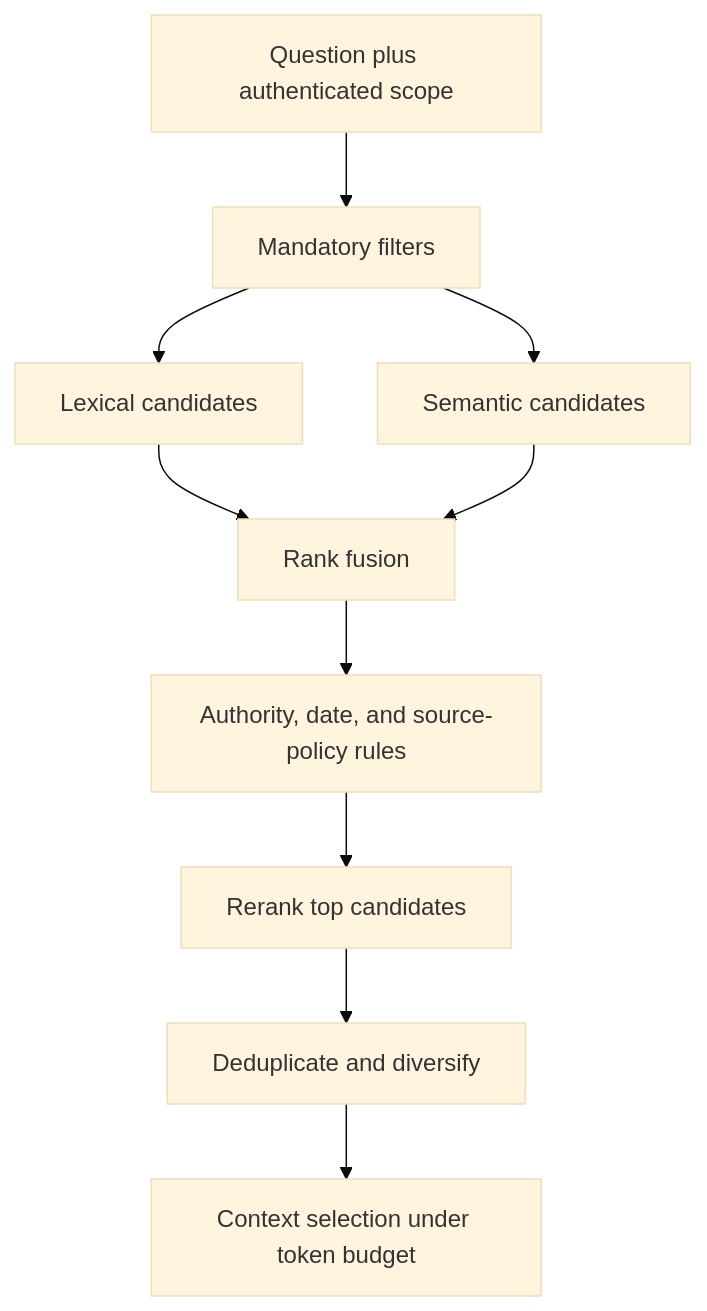
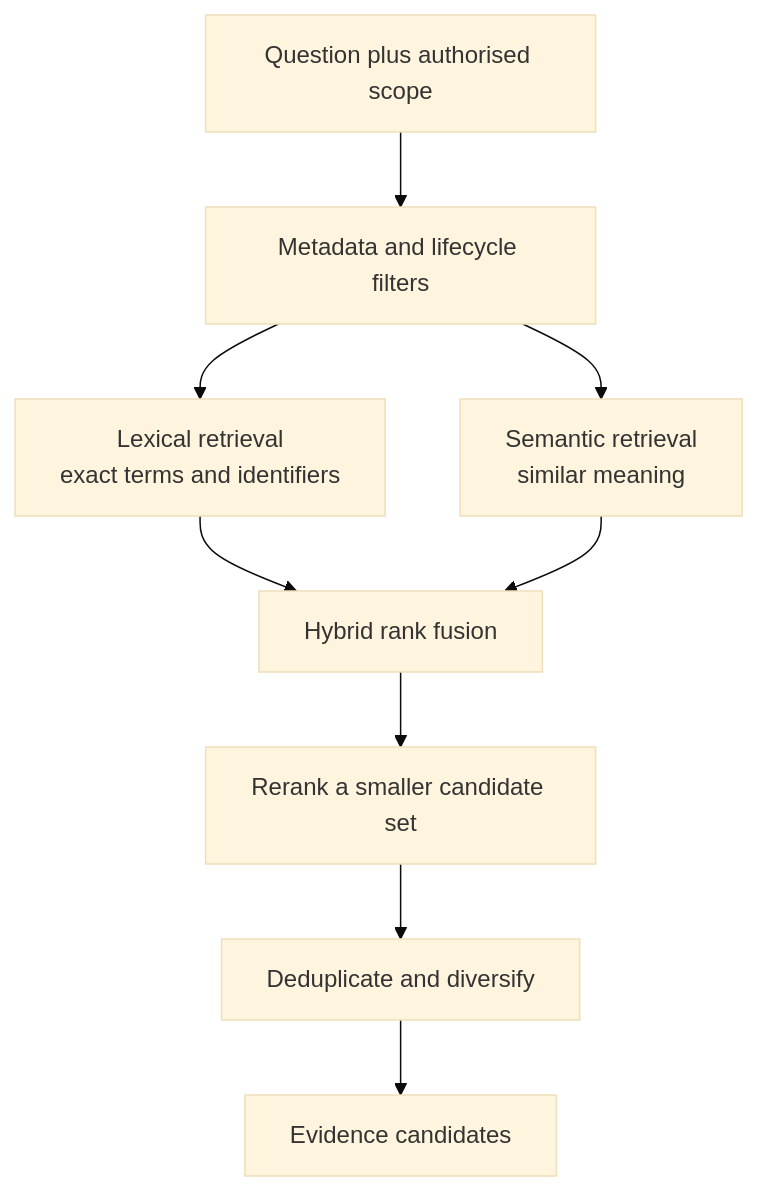
The fourth of 9 diagrams in roadmaps/mlops/modules/llmops/context-engineering/02-retrieval-and-knowledge.md (senlinyy/dev-roadmaps), drawn with Mermaid (base theme) before and after one commit. The commit also changed other lines of this file and 198 other files, not shown here.

````diff
--- a/roadmaps/mlops/modules/llmops/context-engineering/02-retrieval-and-knowledge.md
+++ b/roadmaps/mlops/modules/llmops/context-engineering/02-retrieval-and-knowledge.md
@@ -104,12 +303,12 @@
 ```mermaid
-flowchart TB
-    Q["Question plus authenticated scope"] --> F["Mandatory filters"]
-    F --> L["Lexical candidates"]
-    F --> V["Semantic candidates"]
-    L --> R["Rank fusion"]
-    V --> R
-    R --> P["Authority, date, and source-policy rules"]
-    P --> K["Rerank top candidates"]
-    K --> D["Deduplicate and diversify"]
-    D --> C["Context selection under token budget"]
+flowchart TD
+    Q["Question plus authorised scope"]
+    Q --> F["Metadata and lifecycle filters"]
+    F --> L["Lexical retrieval<br/>exact terms and identifiers"]
+    F --> V["Semantic retrieval<br/>similar meaning"]
+    L --> H["Hybrid rank fusion"]
+    V --> H
+    H --> R["Rerank a smaller candidate set"]
+    R --> D["Deduplicate and diversify"]
+    D --> E["Evidence candidates"]
 ```
````
